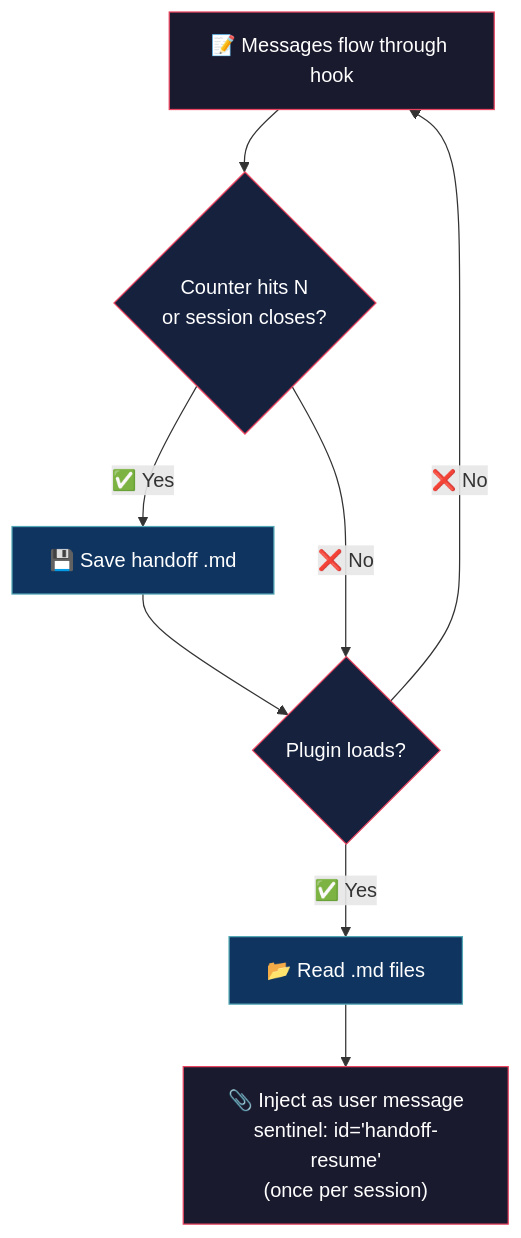
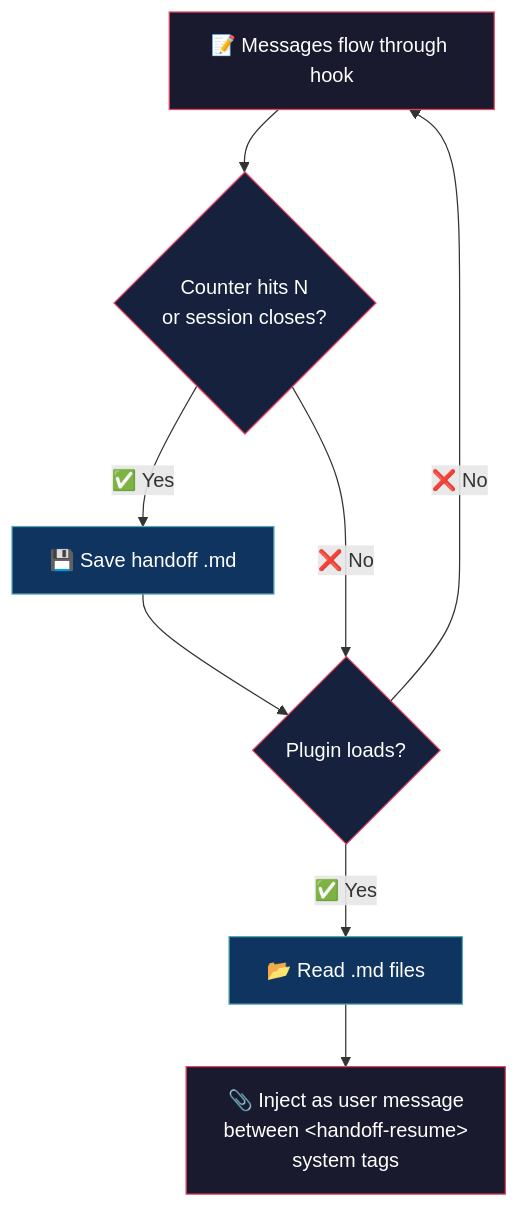
The diagram in README.md (alejo54dev/opencode-auto-handoff), drawn with Mermaid before and after one commit.

Commit message:
README: simplify flowchart label for handoff injection

````diff
--- a/README.md
+++ b/README.md
@@ -34,17 +34,17 @@
 ```mermaid
 flowchart TD
     A["📝 Messages flow through hook"] --> B{"Counter hits N<br/>or session closes?"}
     B -->|"✅ Yes"| C["💾 Save handoff .md"]
     C --> D
     B -->|"❌ No"| D{"Plugin loads?"}
     D -->|"✅ Yes"| E["📂 Read .md files"]
-    E --> F["📎 Inject as user message<br/>sentinel: id='handoff-resume'<br/>(once per session)"]
+    E --> F["📎 Inject as user message<br/>between &lt;handoff-resume&gt;<br/>system tags"]
     D -->|"❌ No"| A
 
     style A fill:#1a1a2e,stroke:#e94560,color:#fff
     style B fill:#16213e,stroke:#e94560,color:#fff
     style C fill:#0f3460,stroke:#53a8b6,color:#fff
     style D fill:#16213e,stroke:#e94560,color:#fff
     style E fill:#0f3460,stroke:#53a8b6,color:#fff
     style F fill:#1a1a2e,stroke:#e94560,color:#fff
 ```
````
